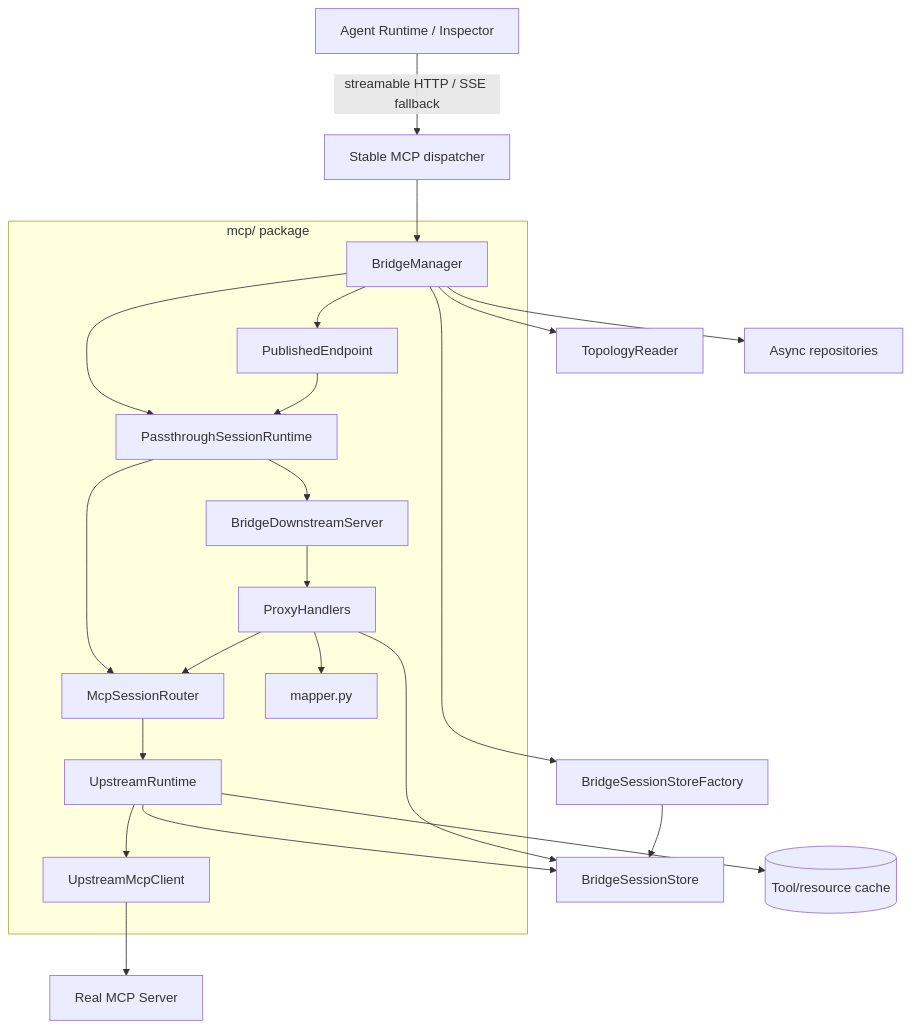
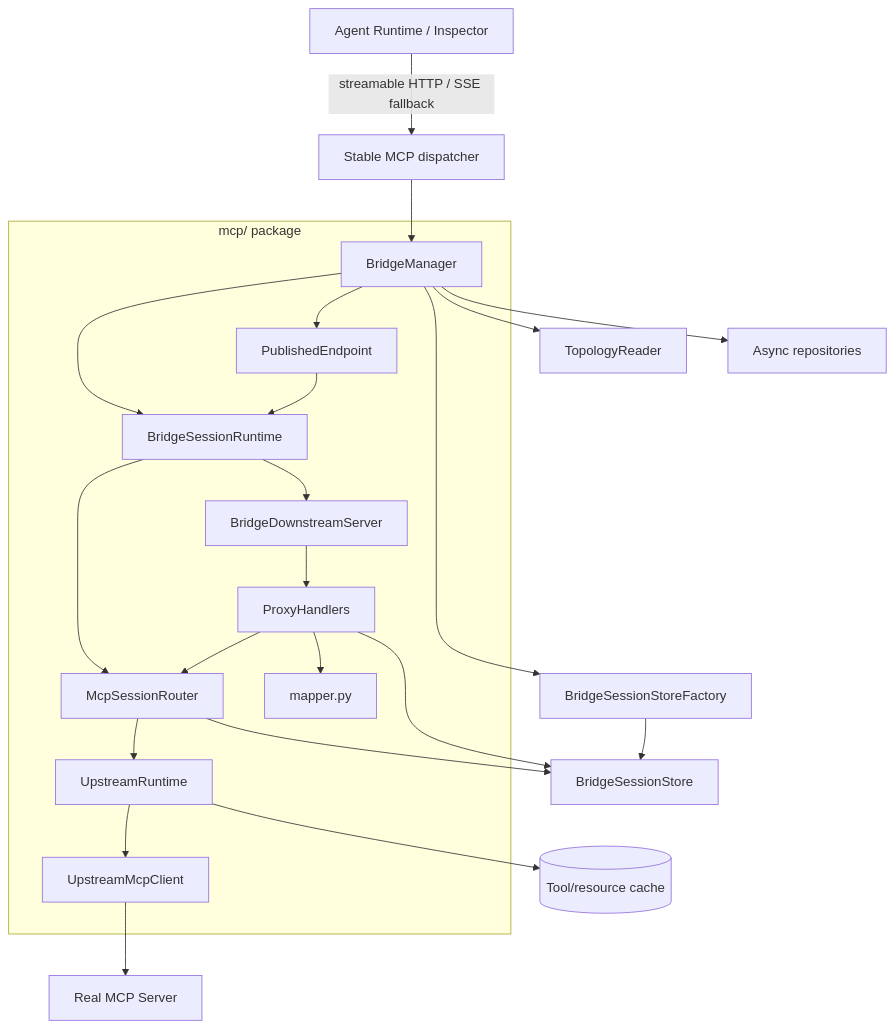
The first of 3 diagrams in docs/architecture/mcp-layer.md (JilongSun/mcpapps-bridge), drawn with Mermaid before and after one commit. The commit also changed other lines of this file and 31 other files, not shown here.

````diff
--- a/docs/architecture/mcp-layer.md
+++ b/docs/architecture/mcp-layer.md
@@ -9,36 +9,36 @@
 ```mermaid
 flowchart TD
     Client["Agent Runtime / Inspector"] --> |"streamable HTTP / SSE fallback"| API["Stable MCP dispatcher"]
     API --> Manager["BridgeManager"]
     Manager --> Topology["TopologyReader"]
     Manager --> Endpoint["PublishedEndpoint"]
     Manager --> Repositories["Async repositories"]
     Manager --> Factory["BridgeSessionStoreFactory"]
-    Manager --> SessionRuntime["PassthroughSessionRuntime"]
+    Manager --> SessionRuntime["BridgeSessionRuntime"]
     Endpoint --> SessionRuntime
     SessionRuntime --> Downstream["BridgeDownstreamServer"]
     Downstream --> Handlers["ProxyHandlers"]
     SessionRuntime --> Router["McpSessionRouter"]
     Handlers --> Router
     Router --> Runtime["UpstreamRuntime"]
     Runtime --> Upstream["UpstreamMcpClient"]
     Upstream --> Real["Real MCP Server"]
 
     Factory --> Store["BridgeSessionStore"]
-    Runtime --> Store
+    Router --> Store
     Handlers --> Store
     Runtime --> Cache[("Tool/resource cache")]
     Handlers --> Mapper["mapper.py"]
 
     subgraph "mcp/ package"
         Manager
         Endpoint
         SessionRuntime
         Downstream
         Handlers
         Router
         Runtime
         Upstream
         Mapper
     end
 ```
````
